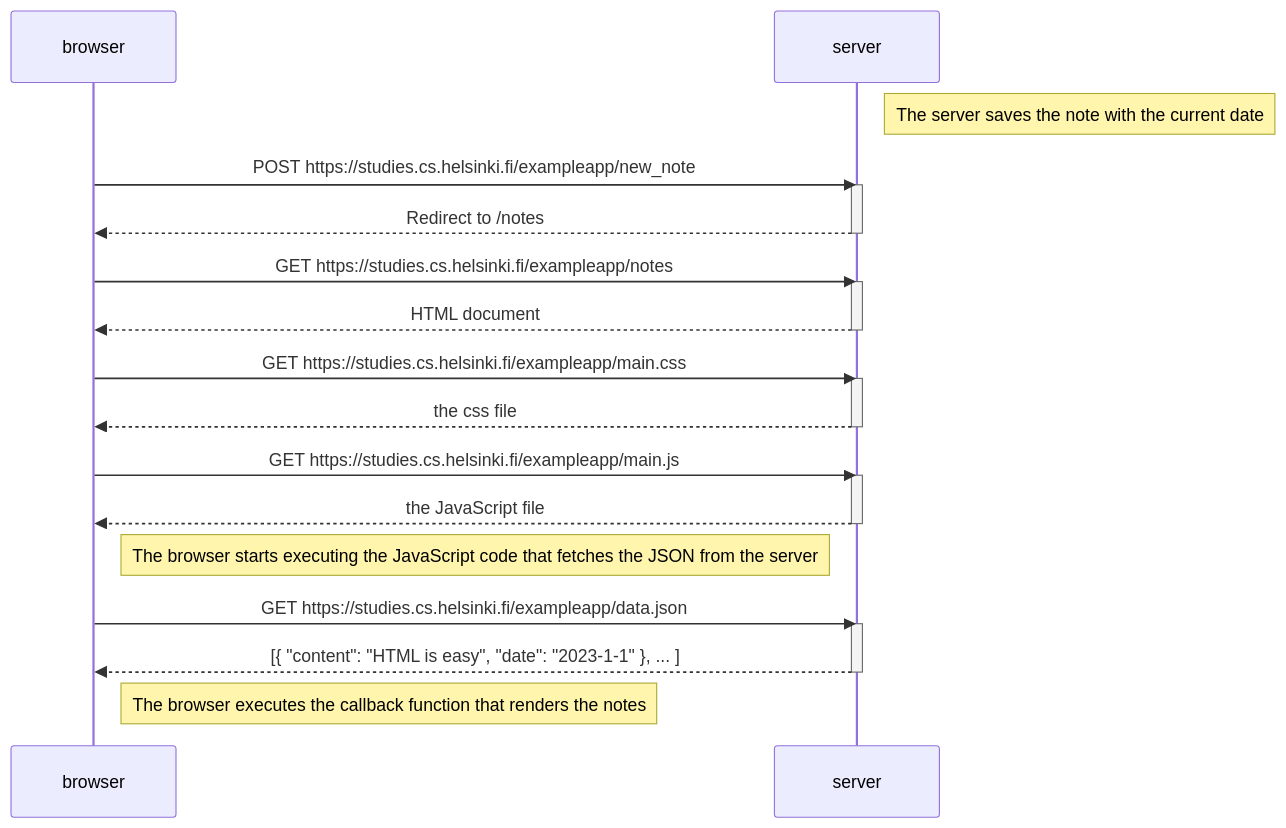
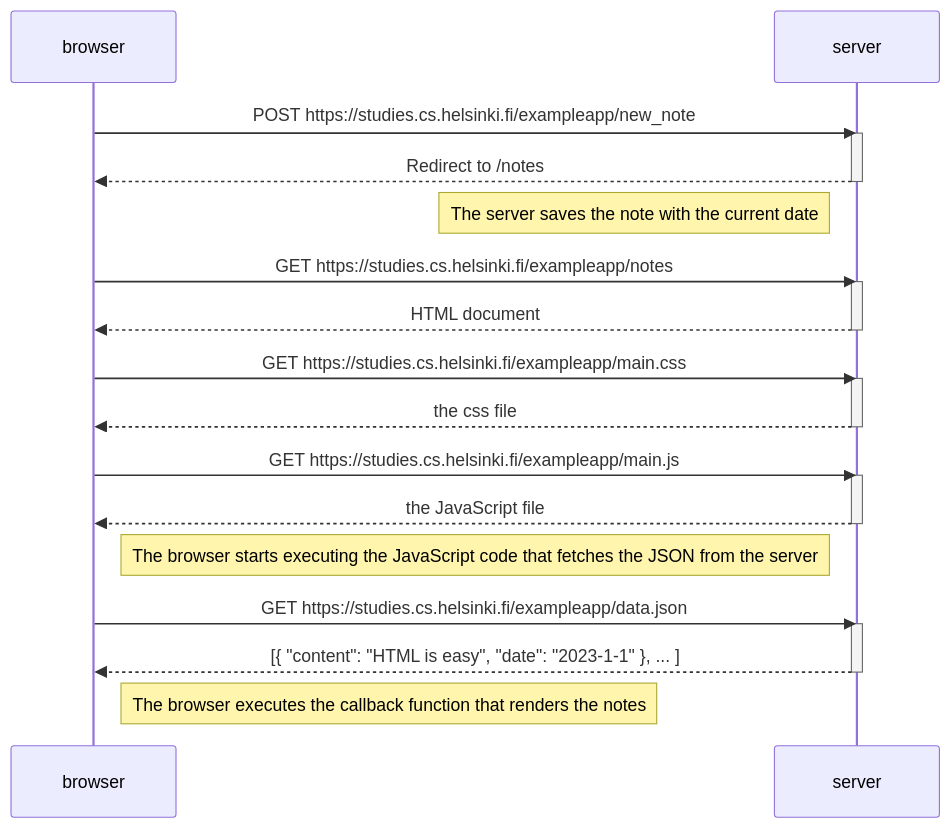
The diagram in part0/1.md (AlexP-alt/submission-repository), drawn with Mermaid before and after one commit.

````diff
--- a/part0/1.md
+++ b/part0/1.md
@@ -2,36 +2,36 @@
 ```mermaid
 sequenceDiagram
     participant browser
     participant server
 
-    Note right of server: The server saves the note with the current date
-
     browser->>server: POST https://studies.cs.helsinki.fi/exampleapp/new_note
     activate server
     server-->>browser: Redirect to /notes
     deactivate server
+
+    Note left of server: The server saves the note with the current date
 
     browser->>server: GET https://studies.cs.helsinki.fi/exampleapp/notes
     activate server
     server-->>browser: HTML document
     deactivate server
 
     browser->>server: GET https://studies.cs.helsinki.fi/exampleapp/main.css
     activate server
     server-->>browser: the css file
     deactivate server
 
     browser->>server: GET https://studies.cs.helsinki.fi/exampleapp/main.js
     activate server
     server-->>browser: the JavaScript file
     deactivate server
 
     Note right of browser: The browser starts executing the JavaScript code that fetches the JSON from the server
 
     browser->>server: GET https://studies.cs.helsinki.fi/exampleapp/data.json
     activate server
     server-->>browser: [{ "content": "HTML is easy", "date": "2023-1-1" }, ... ]
     deactivate server
 
     Note right of browser: The browser executes the callback function that renders the notes
 ```
````
